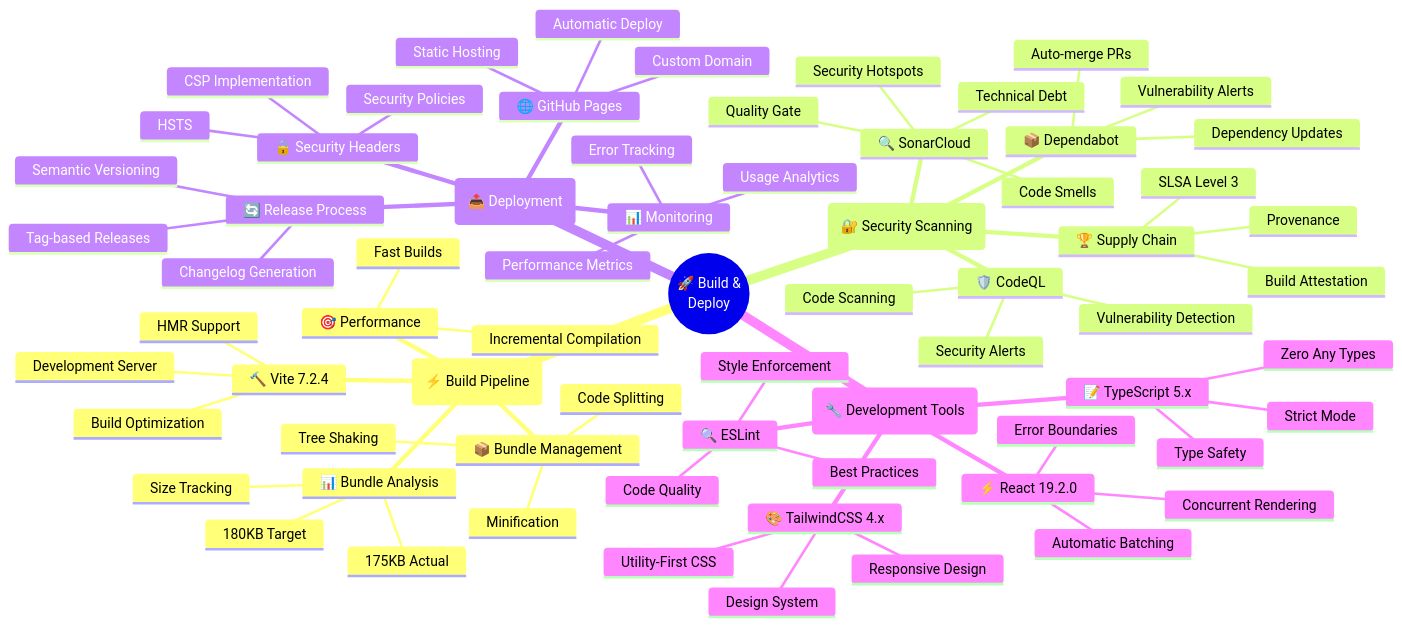
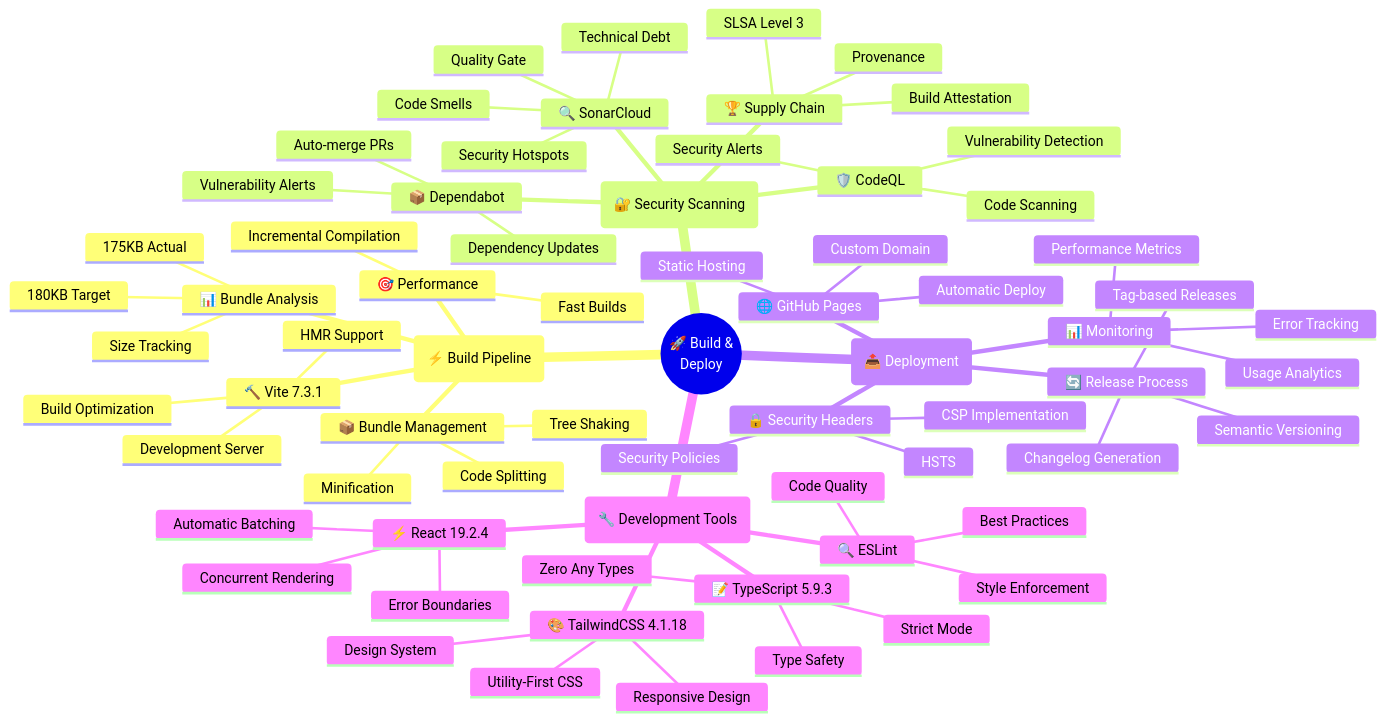
Before and after one commit to Hack23/cia-compliance-manager: the sixth of 13 diagrams in docs/architecture/MINDMAP.md, drawn with Mermaid. The commit also changed other lines of this file and 9 other files, not shown here.

First line of the commit message:
docs: update architecture documents to accurately reflect current system (#974)

````diff
--- a/docs/architecture/MINDMAP.md
+++ b/docs/architecture/MINDMAP.md
@@ -553,72 +553,72 @@
 ```mermaid
 mindmap
   root((🚀 Build &<br/>Deploy))
     (⚡ Build Pipeline)
-      🔨 Vite 7.2.4
+      🔨 Vite 7.3.1
         Development Server
         HMR Support
         Build Optimization
       📦 Bundle Management
         Code Splitting
         Tree Shaking
         Minification
       📊 Bundle Analysis
         Size Tracking
         175KB Actual
         180KB Target
       🎯 Performance
         Fast Builds
         Incremental Compilation
     (🔐 Security Scanning)
       🔍 SonarCloud
         Quality Gate
         Security Hotspots
         Code Smells
         Technical Debt
       🛡️ CodeQL
         Vulnerability Detection
         Code Scanning
         Security Alerts
       📦 Dependabot
         Dependency Updates
         Vulnerability Alerts
         Auto-merge PRs
       🏆 Supply Chain
         SLSA Level 3
         Build Attestation
         Provenance
     (📤 Deployment)
       🌐 GitHub Pages
         Static Hosting
         Automatic Deploy
         Custom Domain
       🔒 Security Headers
         CSP Implementation
         HSTS
         Security Policies
       📊 Monitoring
         Performance Metrics
         Error Tracking
         Usage Analytics
       🔄 Release Process
         Semantic Versioning
         Changelog Generation
         Tag-based Releases
     (🔧 Development Tools)
-      📝 TypeScript 5.x
+      📝 TypeScript 5.9.3
         Strict Mode
         Type Safety
         Zero Any Types
-      🎨 TailwindCSS 4.x
+      🎨 TailwindCSS 4.1.18
         Utility-First CSS
         Design System
         Responsive Design
-      ⚡ React 19.2.0
+      ⚡ React 19.2.4
         Concurrent Rendering
         Error Boundaries
         Automatic Batching
       🔍 ESLint
         Code Quality
         Style Enforcement
         Best Practices
 ```
````
